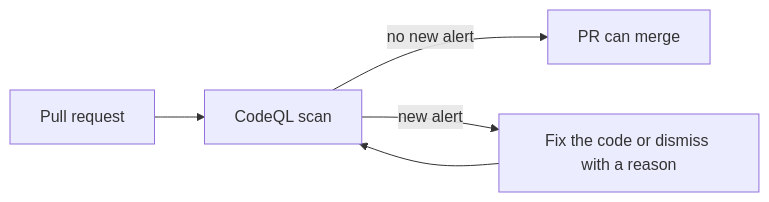
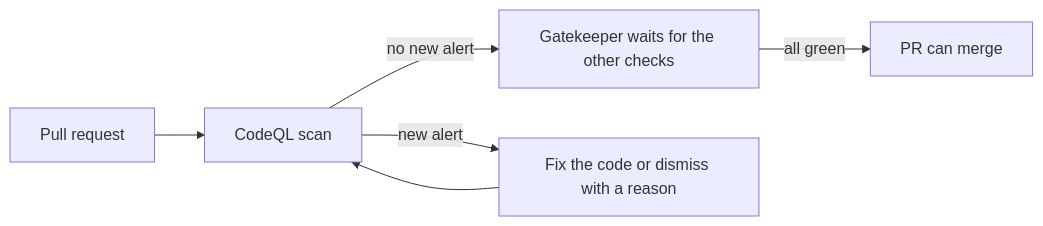
The diagram in docs/security/code-vulnerabilities.md (Unique-AG/connectors), drawn with Mermaid before and after one commit. The commit also changed 3 other files, not shown here.

````diff
--- a/docs/security/code-vulnerabilities.md
+++ b/docs/security/code-vulnerabilities.md
@@ -11,7 +11,8 @@
 ```mermaid
 flowchart LR
   pr[Pull request] --> codeql[CodeQL scan]
-  codeql -->|no new alert| merge[PR can merge]
+  codeql -->|no new alert| gate[Gatekeeper waits for the other checks]
+  gate -->|all green| merge[PR can merge]
   codeql -->|new alert| fix[Fix the code or dismiss with a reason]
   fix --> codeql
 ```
````
